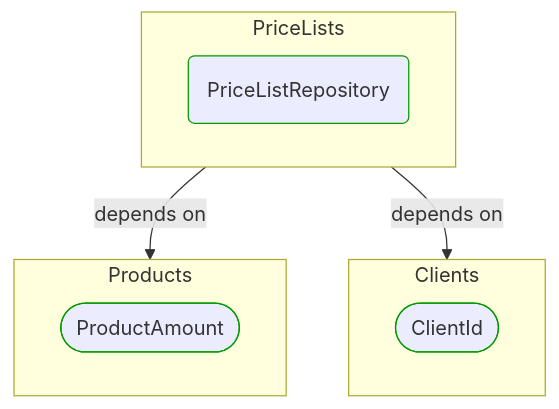
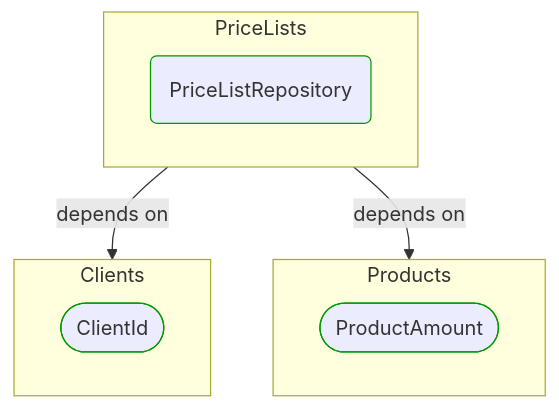
The diagram in Docs/P3/MermaidOutput/BuildingBlocks/Sales/Pricing/PriceLists/PriceListRepository.md (itlibrium/DDD-starter-dotnet), drawn with Mermaid before and after one commit. The commit also changed 78 other files, not shown here.

````diff
--- a/Docs/P3/MermaidOutput/BuildingBlocks/Sales/Pricing/PriceLists/PriceListRepository.md
+++ b/Docs/P3/MermaidOutput/BuildingBlocks/Sales/Pricing/PriceLists/PriceListRepository.md
@@ -18,20 +18,20 @@
 ```mermaid
   flowchart TB
     subgraph 0["PriceLists"]
       1(PriceListRepository)
       class 1 DomainPerspective
     end
-    subgraph 2["Products"]
-      3([ProductAmount])
+    subgraph 2["Clients"]
+      3([ClientId])
       class 3 DomainPerspective
     end
-    subgraph 4["Clients"]
-      5([ClientId])
+    subgraph 4["Products"]
+      5([ProductAmount])
       class 5 DomainPerspective
     end
     0-->|depends on|2
     0-->|depends on|4
     classDef DomainPerspective stroke:#009900
     classDef TechnologyPerspective stroke:#1F41EB
     classDef PeoplePerspective stroke:#FFF014
 ```
````
